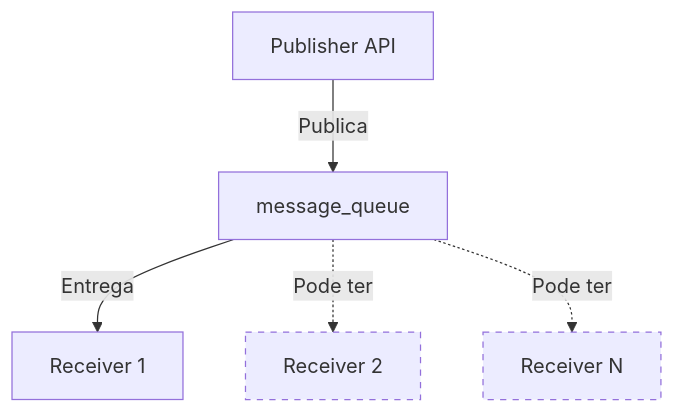
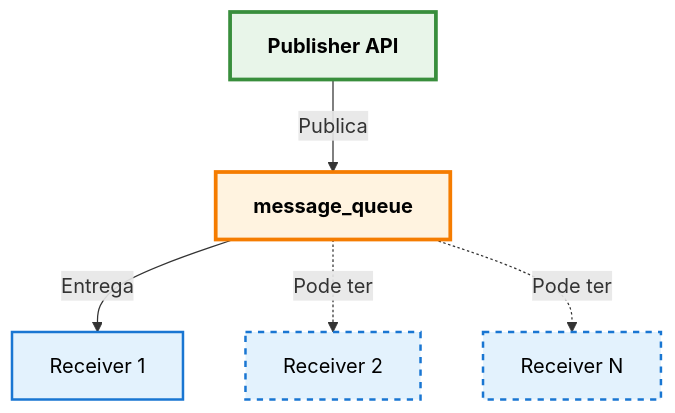
Before and after one commit to brenoaug/rabbitmq-exercise: the fourth of 6 diagrams in README.md, drawn with Mermaid. The commit also changed other lines of this file, not shown here.

First line of the commit message:
Enhance README visuals with styled diagrams and new GIF

````diff
--- a/README.md
+++ b/README.md
@@ -318,10 +331,13 @@
 ```mermaid
 graph TB
     P[Publisher API] -->|Publica| Q[message_queue]
     Q -->|Entrega| S1[Receiver 1]
     Q -.->|Pode ter| S2[Receiver 2]
     Q -.->|Pode ter| S3[Receiver N]
     
-    style S2 stroke-dasharray: 5 5
-    style S3 stroke-dasharray: 5 5
+    style P fill:#e8f5e9,stroke:#388e3c,stroke-width:3px,color:#000,font-weight:bold
+    style Q fill:#fff3e0,stroke:#f57c00,stroke-width:3px,color:#000,font-weight:bold
+    style S1 fill:#e3f2fd,stroke:#1976d2,stroke-width:2px,color:#000
+    style S2 fill:#e3f2fd,stroke:#1976d2,stroke-width:2px,color:#000,stroke-dasharray: 5 5
+    style S3 fill:#e3f2fd,stroke:#1976d2,stroke-width:2px,color:#000,stroke-dasharray: 5 5
 ```
````
